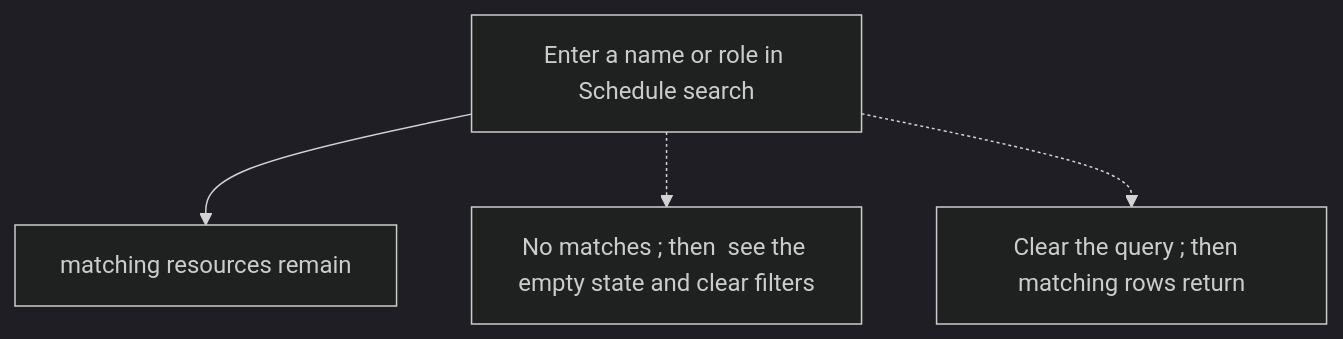
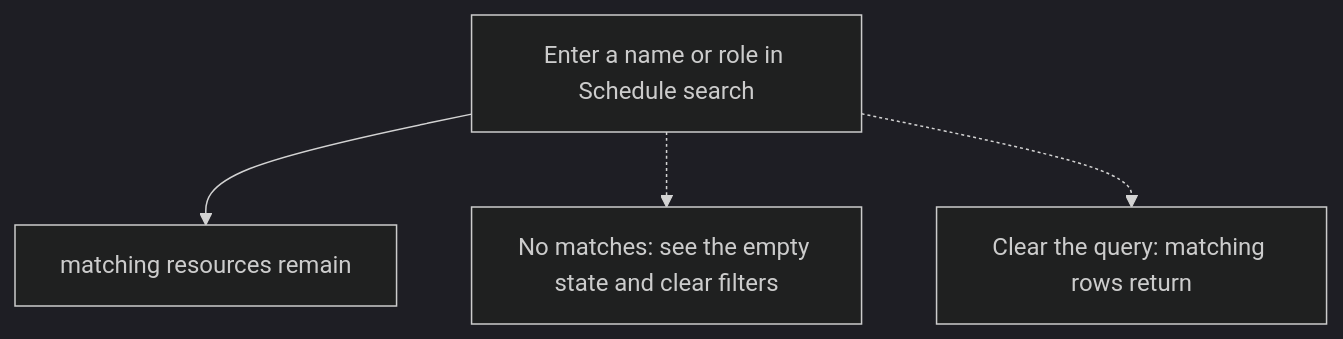
The first of 2 diagrams in user-stories/filters/US-FIL-01-search.md (Kevinjohn/capacitylens), drawn with Mermaid (dark theme) before and after one commit. The commit also changed 119 other files, not shown here.

First line of the commit message:
docs: correct story text and flow diagrams against current source

````diff
--- a/user-stories/filters/US-FIL-01-search.md
+++ b/user-stories/filters/US-FIL-01-search.md
@@ -22,10 +22,10 @@
 ```mermaid
 flowchart TD
   N1["Enter a name or role in Schedule search"]
   N2["matching resources remain"]
-  B1["No matches ; then  see the empty state and clear filters"]
-  B2["Clear the query ; then  matching rows return"]
+  B1["No matches: see the empty state and clear filters"]
+  B2["Clear the query: matching rows return"]
   N1 --> N2
   N1 -.-> B1
   N1 -.-> B2
 ```
````
